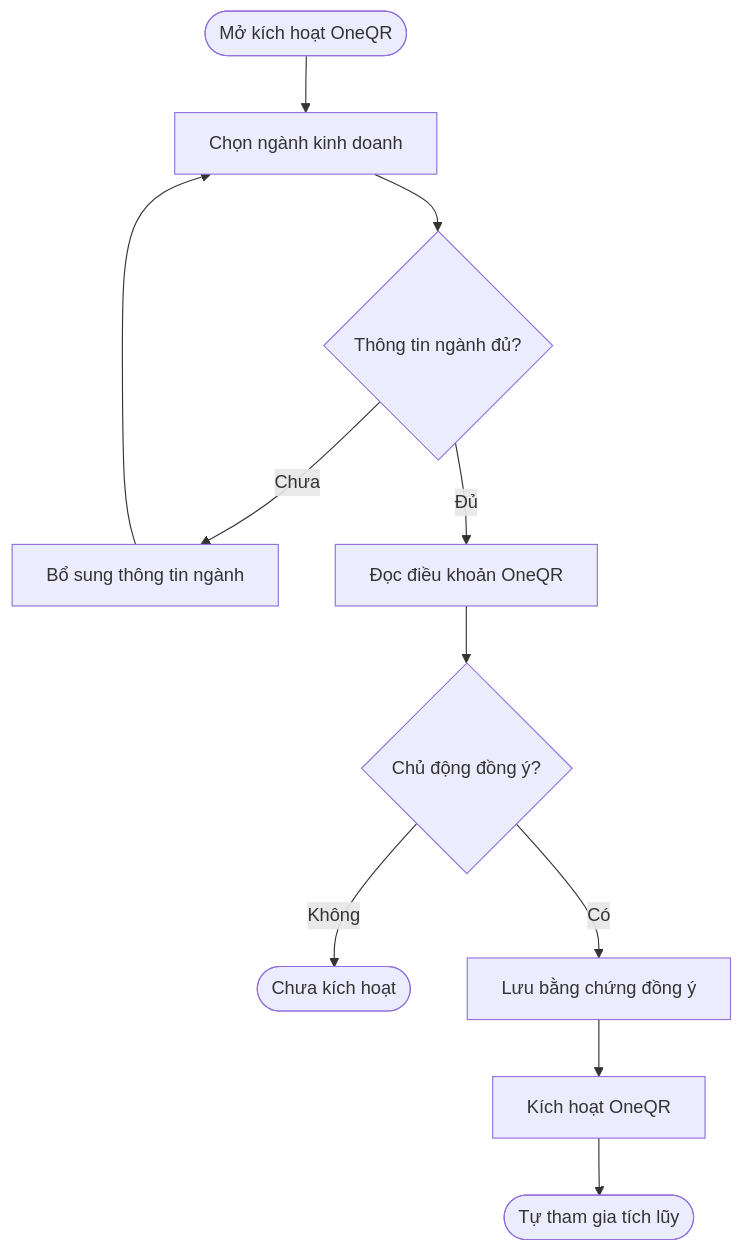
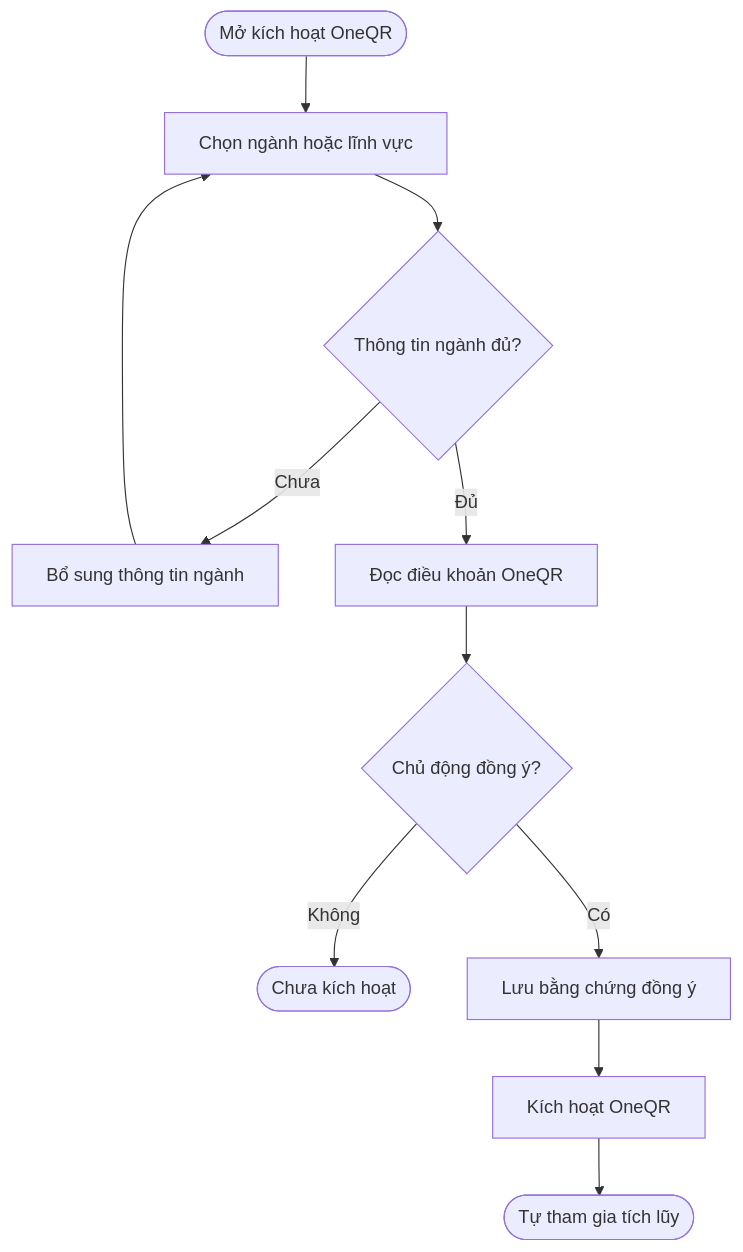
Before and after one commit to vlink-group/VlinkPay: the first of 9 diagrams in nexora/docs/business/business-oneqr-earnings.md, drawn with Mermaid. The commit also changed other lines of this file, not shown here.

Commit message:
docs(1599): mở phạm vi OneQR cho cá nhân và doanh nghiệp

````diff
--- a/nexora/docs/business/business-oneqr-earnings.md
+++ b/nexora/docs/business/business-oneqr-earnings.md
@@ -88,13 +89,13 @@
 ```mermaid
 flowchart TD
-    A([Mở kích hoạt OneQR]) --> B[Chọn ngành kinh doanh]
+    A([Mở kích hoạt OneQR]) --> B[Chọn ngành hoặc lĩnh vực]
     B --> C{Thông tin ngành đủ?}
     C -- Chưa --> D[Bổ sung thông tin ngành]
     D --> B
     C -- Đủ --> E[Đọc điều khoản OneQR]
     E --> F{Chủ động đồng ý?}
     F -- Không --> G([Chưa kích hoạt])
     F -- Có --> H[Lưu bằng chứng đồng ý]
     H --> I[Kích hoạt OneQR]
     I --> J([Tự tham gia tích lũy])
 ```
````
